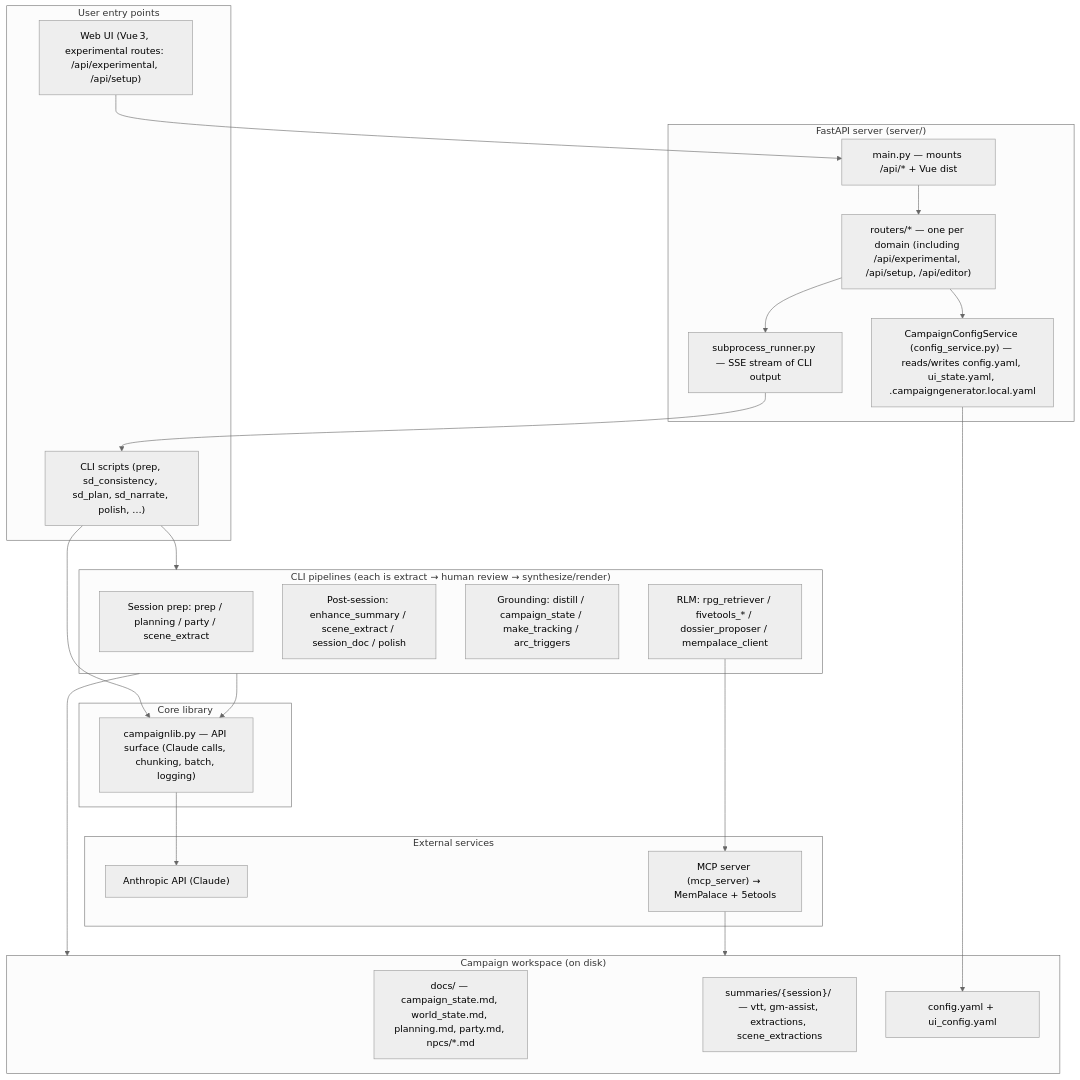
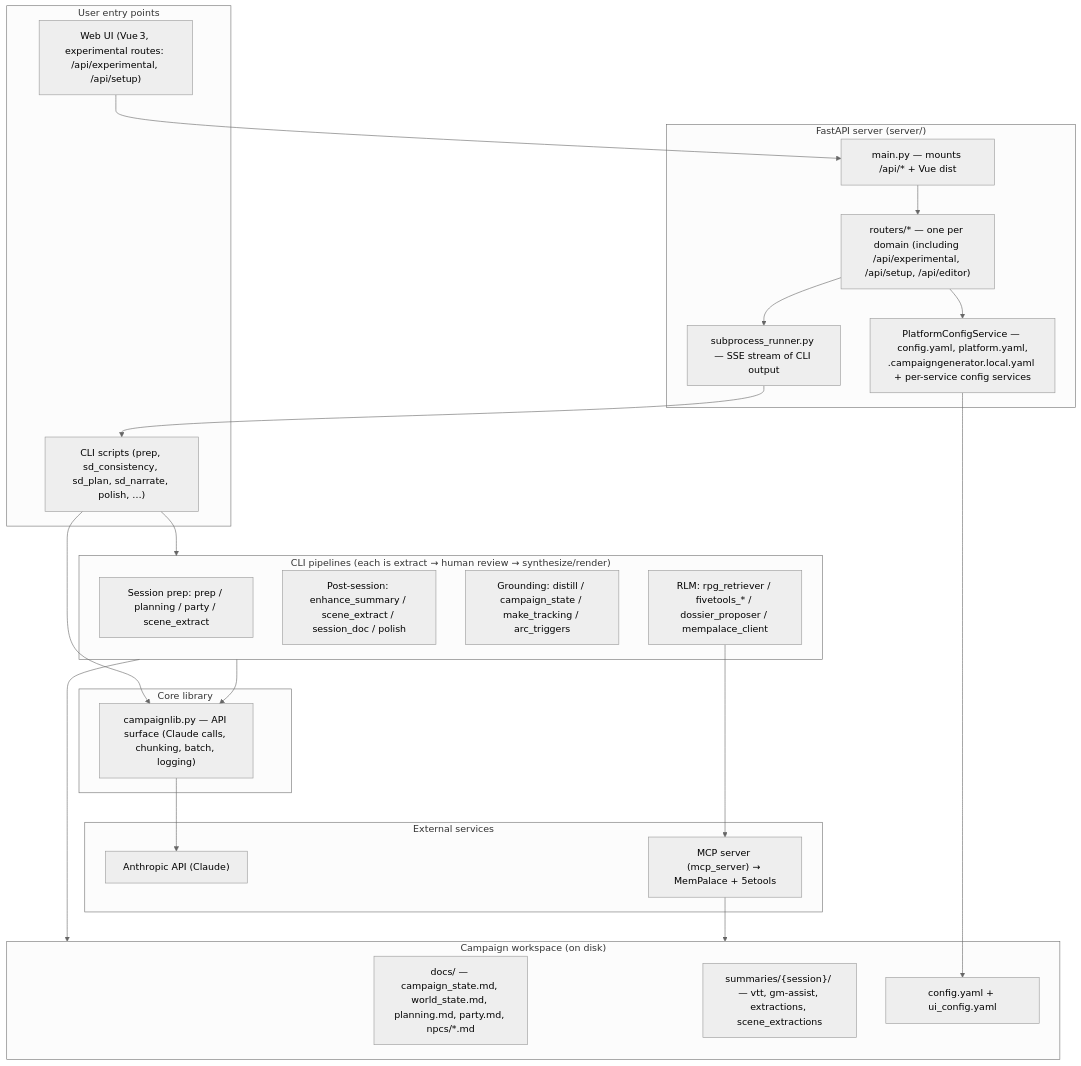
One commit to kostadis/CampaignGenerator changed the first of 3 diagrams in docs/core/architecture.md. Above: the diagram before and after it, drawn with Mermaid (neutral theme). The commit also changed other lines of this file and 13 other files, not shown here.

````diff
--- a/docs/core/architecture.md
+++ b/docs/core/architecture.md
@@ -16,50 +16,50 @@
 ```mermaid
 flowchart TB
     subgraph User["User entry points"]
         CLI["CLI scripts (prep, sd_consistency, sd_plan, sd_narrate, polish, …)"]
         Web["Web UI (Vue 3, experimental routes: /api/experimental, /api/setup)"]
     end
 
     subgraph Server["FastAPI server (server/)"]
         Main["main.py — mounts /api/* + Vue dist"]
         Routers["routers/* — one per domain (including /api/experimental, /api/setup, /api/editor)"]
     SubRun["subprocess_runner.py — SSE stream of CLI output"]
-    Cfg["CampaignConfigService (config_service.py) — reads/writes config.yaml, ui_state.yaml, .campaigngenerator.local.yaml"]
+    Cfg["PlatformConfigService — config.yaml, platform.yaml,<br/>.campaigngenerator.local.yaml + per-service config services"]
     end
 
     subgraph Core["Core library"]
         Lib["campaignlib.py — API surface (Claude calls, chunking, batch, logging)"]
     end
 
     subgraph Pipelines["CLI pipelines (each is extract → human review → synthesize/render)"]
         Prep["Session prep: prep / planning / party / scene_extract"]
         Post["Post-session: enhance_summary / scene_extract / session_doc / polish"]
         Ground["Grounding: distill / campaign_state / make_tracking / arc_triggers"]
         RLM["RLM: rpg_retriever / fivetools_* / dossier_proposer / mempalace_client"]
     end
 
     subgraph Disk["Campaign workspace (on disk)"]
         Docs["docs/ — campaign_state.md, world_state.md, planning.md, party.md, npcs/*.md"]
         Sess["summaries/{session}/ — vtt, gm-assist, extractions, scene_extractions"]
         Cfgs["config.yaml + ui_config.yaml"]
     end
 
     subgraph External["External services"]
         Claude["Anthropic API (Claude)"]
         MCP["MCP server (mcp_server) → MemPalace + 5etools"]
     end
 
     Web --> Main
     Main --> Routers
     Routers --> SubRun
     SubRun --> CLI
     Routers --> Cfg
     Cfg --> Cfgs
     CLI --> Lib
     Lib --> Claude
     CLI --> Pipelines
     Pipelines --> Disk
     Pipelines --> Lib
     RLM --> MCP
     MCP --> Disk
 ```
````
